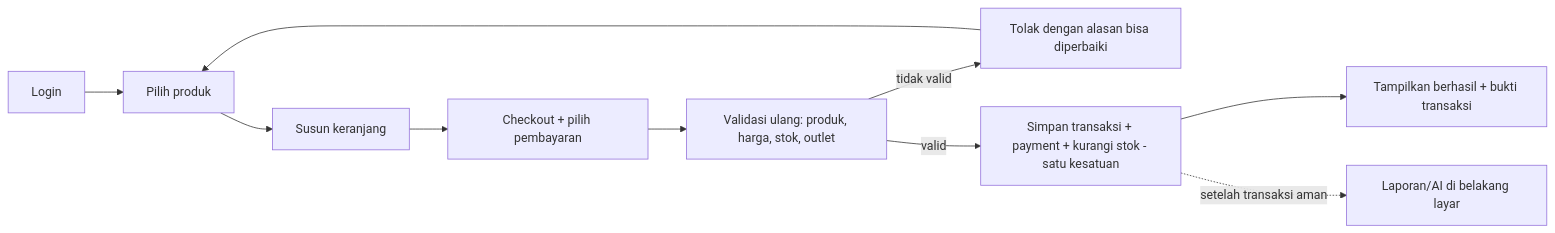
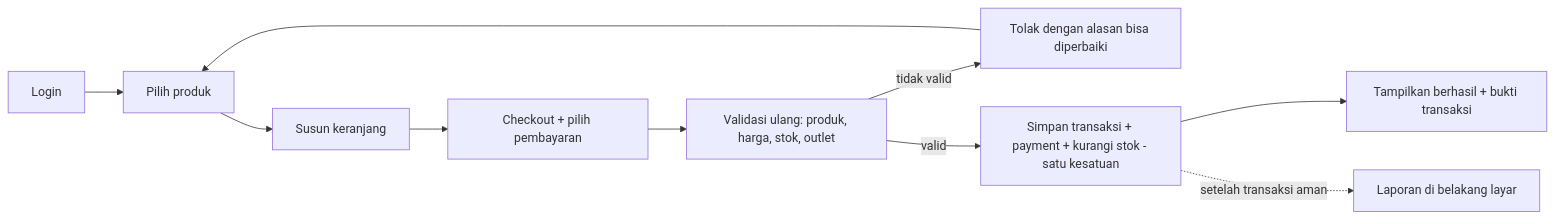
One commit to TeamOneee/pos-project-be changed the second of 6 diagrams in docs/user-flow.md. Above: the diagram before and after it, drawn with Mermaid. The commit also changed other lines of this file and 9 other files, not shown here.

````diff
--- a/docs/user-flow.md
+++ b/docs/user-flow.md
@@ -47,13 +50,13 @@
 ```mermaid
 flowchart LR
     A[Login] --> B[Pilih produk]
     B --> C[Susun keranjang]
     C --> D[Checkout + pilih pembayaran]
     D --> E[Validasi ulang: produk, harga, stok, outlet]
     E -->|tidak valid| F[Tolak dengan alasan bisa diperbaiki]
     F --> B
     E -->|valid| G[Simpan transaksi + payment + kurangi stok - satu kesatuan]
     G --> H[Tampilkan berhasil + bukti transaksi]
 
-    G -. "setelah transaksi aman" .-> I[Laporan/AI di belakang layar]
+    G -. "setelah transaksi aman" .-> I[Laporan di belakang layar]
 ```
````
